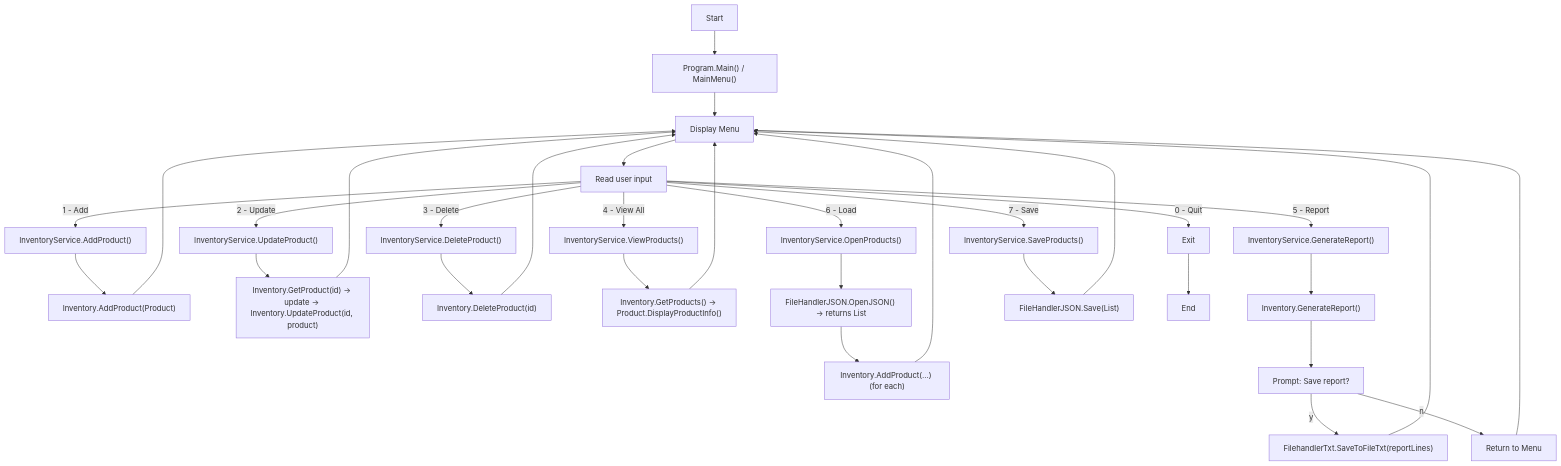
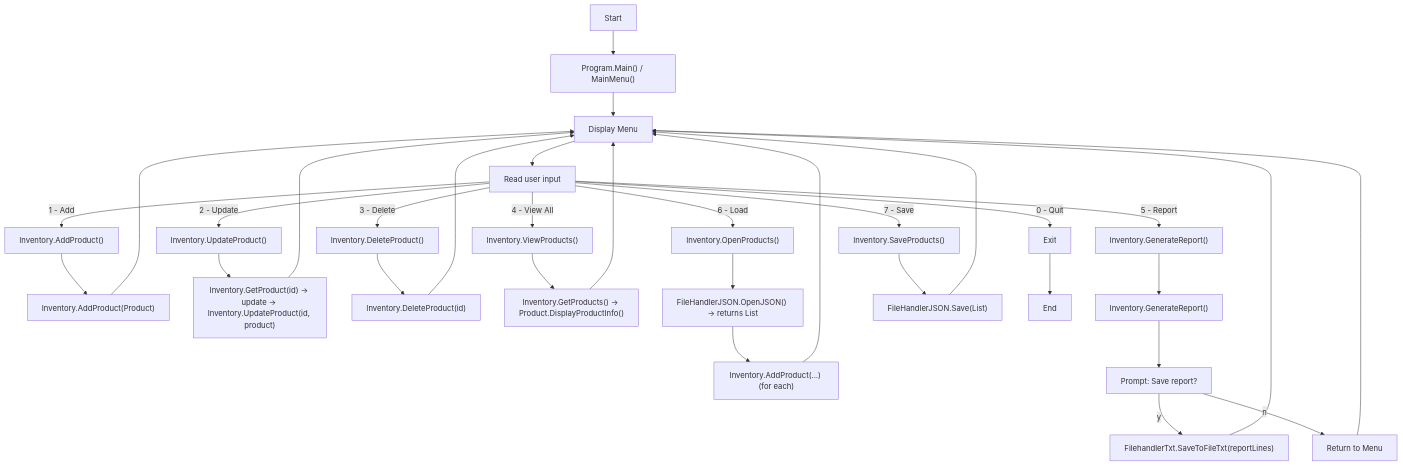
One commit to Spacebearswe/InventoryManagementSystem changed the second of 2 diagrams in README.md. Above: the diagram before and after it, drawn with Mermaid. The commit also changed other lines of this file, not shown here.

````diff
--- a/README.md
+++ b/README.md
@@ -125,39 +114,38 @@
 ```mermaid
 flowchart TD
   A["Start"] --> B["Program.Main() / MainMenu()"]
   B --> C["Display Menu"]
   C --> D["Read user input"]
 
-  D -->|1 - Add| E["InventoryService.AddProduct()"]
-  D -->|2 - Update| F["InventoryService.UpdateProduct()"]
-  D -->|3 - Delete| G["InventoryService.DeleteProduct()"]
-  D -->|4 - View All| H["InventoryService.ViewProducts()"]
-  D -->|5 - Report| I["InventoryService.GenerateReport()"]
-  D -->|6 - Load| J["InventoryService.OpenProducts()"]
-  D -->|7 - Save| K["InventoryService.SaveProducts()"]
+  D -->|1 - Add| E["Inventory.AddProduct()"]
+  D -->|2 - Update| F["Inventory.UpdateProduct()"]
+  D -->|3 - Delete| G["Inventory.DeleteProduct()"]
+  D -->|4 - View All| H["Inventory.ViewProducts()"]
+  D -->|5 - Report| I["Inventory.GenerateReport()"]
+  D -->|6 - Load| J["Inventory.OpenProducts()"]
+  D -->|7 - Save| K["Inventory.SaveProducts()"]
   D -->|0 - Quit| L["Exit"]
 
   E --> M["Inventory.AddProduct(Product)"]
   F --> N["Inventory.GetProduct(id) -> update -> Inventory.UpdateProduct(id, product)"]
   G --> O["Inventory.DeleteProduct(id)"]
   H --> P["Inventory.GetProducts() -> Product.DisplayProductInfo()"]
   I --> Q["Inventory.GenerateReport()"]
   J --> R["FileHandlerJSON.OpenJSON() -> returns List<Product>"]
   R --> S["Inventory.AddProduct(...) (for each)"]
   K --> T["FileHandlerJSON.Save(List<Product>)"]
 
   Q --> U["Prompt: Save report?"]
   U -->|y| V["FilehandlerTxt.SaveToFileTxt(reportLines)"]
   U -->|n| W["Return to Menu"]
 
-   L --> Z["End"]
+  L --> Z["End"]
   S --> C
   M --> C
   N --> C
   O --> C
   P --> C
   T --> C
   V --> C
   W --> C
-  
 ```
````
